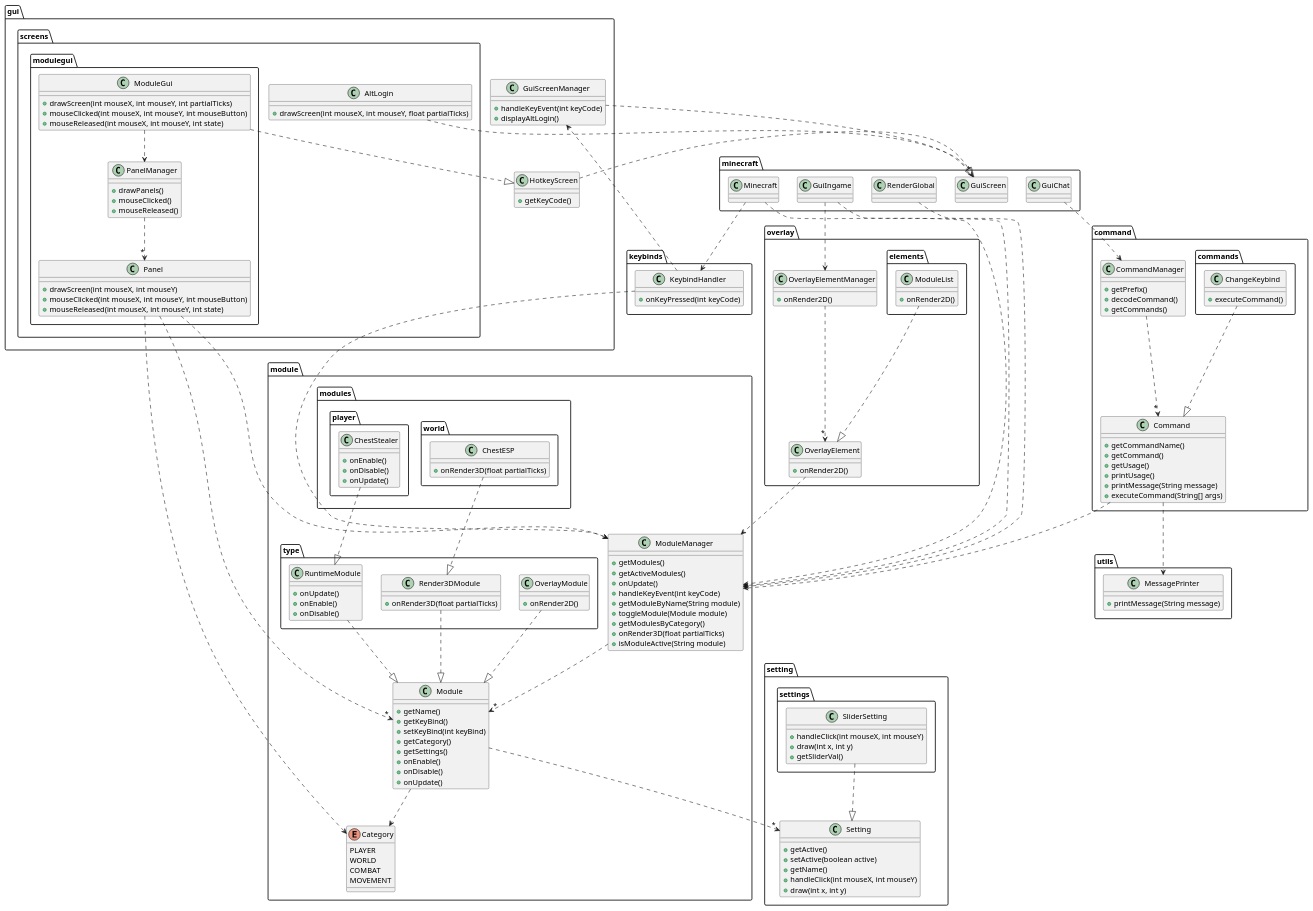
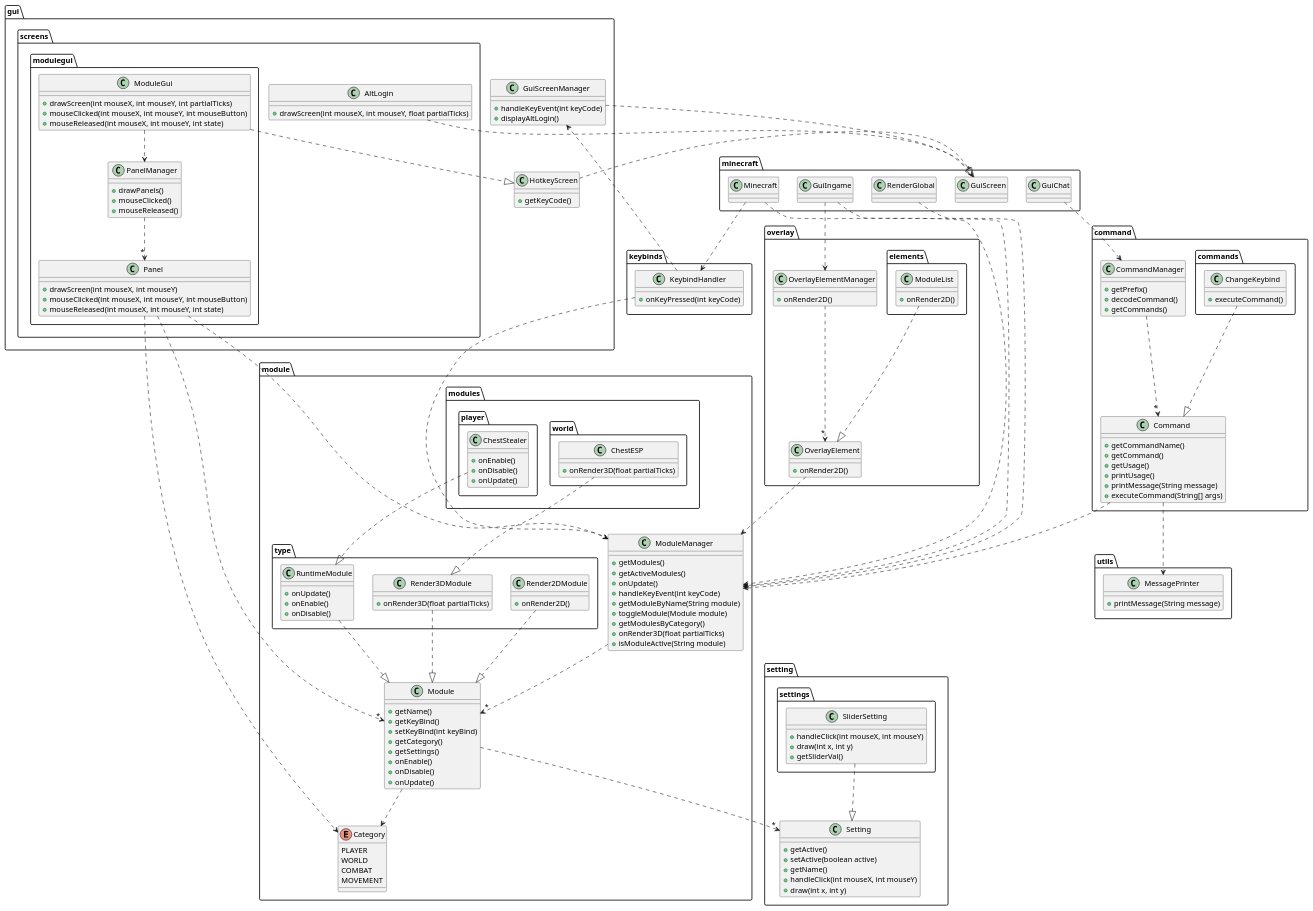
One commit to philipp-sebastian/jetclient changed the diagram in jetclient/docs/jetclient.puml. Above: the diagram before and after it, drawn with PlantUML. The commit also changed 2 other files, not shown here.

```diff
--- a/jetclient/docs/jetclient.puml
+++ b/jetclient/docs/jetclient.puml
@@ -106,7 +106,7 @@
     + onRender3D(float partialTicks)
 }
 
-class OverlayModule {
+class Render2DModule {
     + onRender2D()
 }
 
@@ -192,7 +192,7 @@
 Module ..> "*" Setting
 Render3DModule ..|> Module
 RuntimeModule ..|> Module
-OverlayModule ..|> Module
+Render2DModule ..|> Module
 KeybindHandler ..> ModuleManager
 KeybindHandler ..> GuiScreenManager
 Panel ..> "*" Module
```
